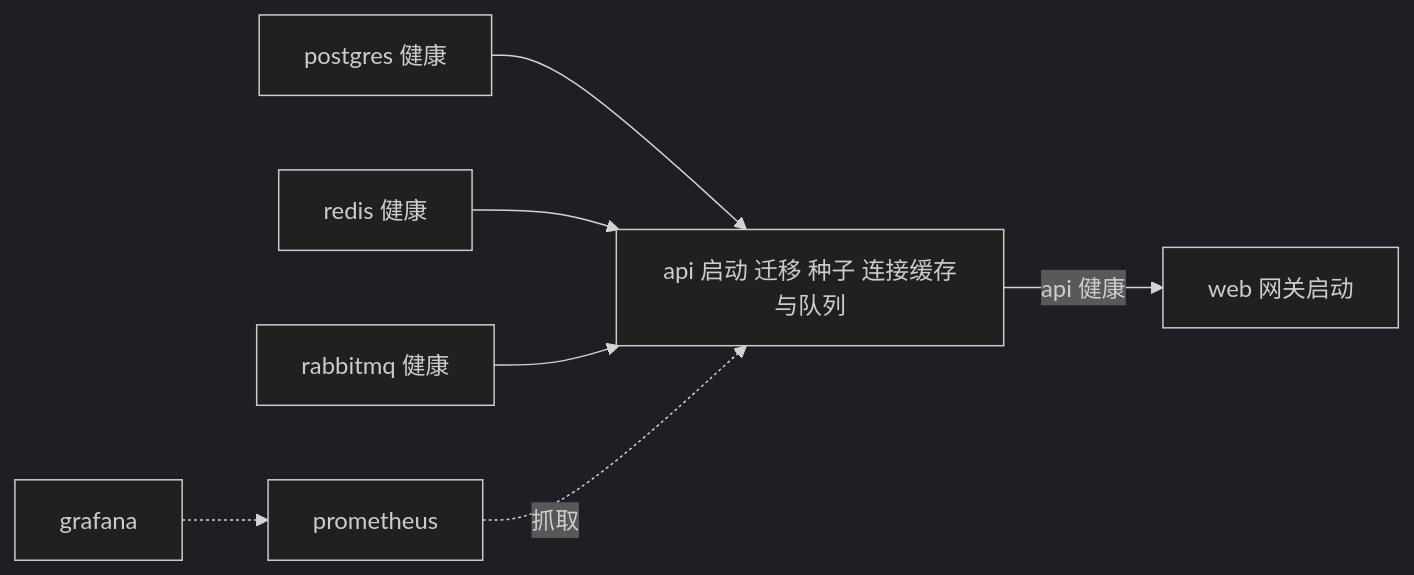
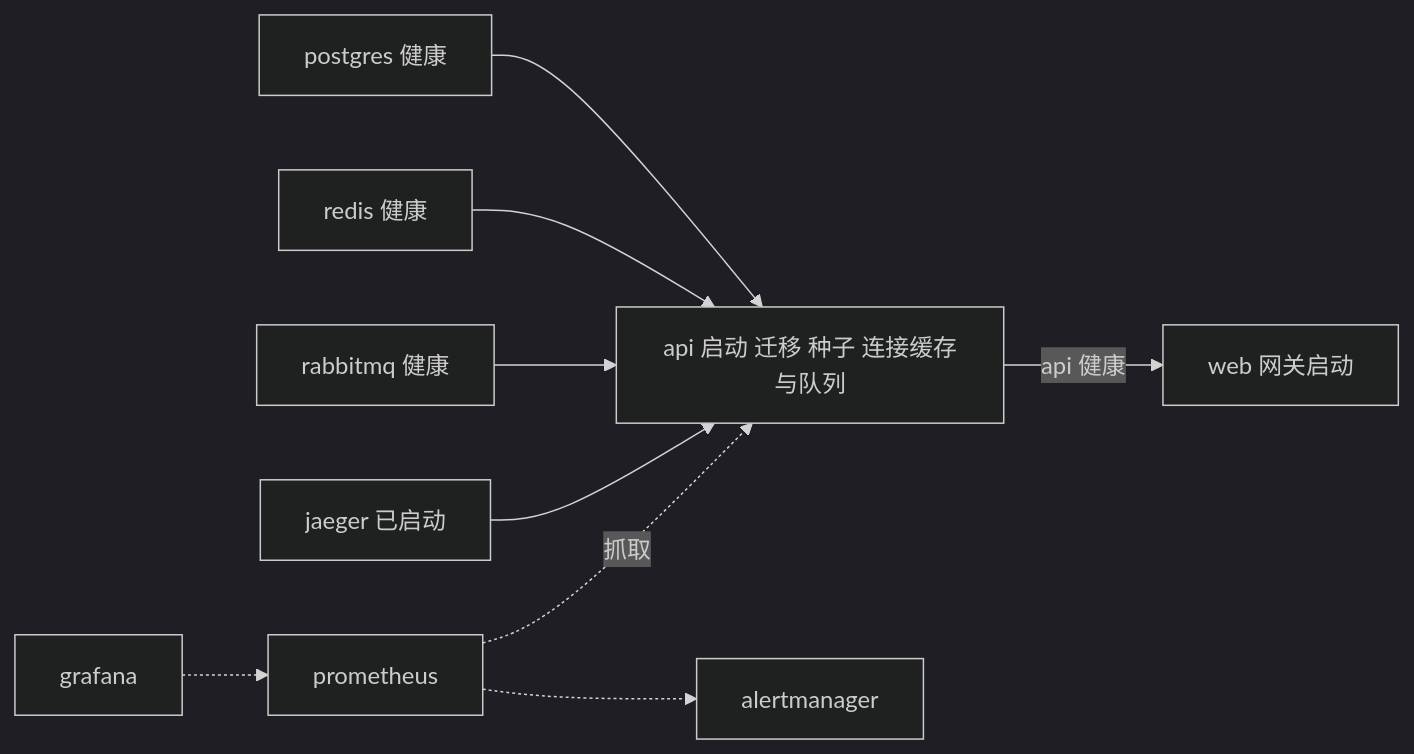
Before and after one commit to Weishi-corroding/freshmarket-platform: diagram 11 of 13 in docs/design.md, drawn with Mermaid (dark theme). The commit also changed other lines of this file and 67 other files, not shown here.

````diff
--- a/docs/design.md
+++ b/docs/design.md
@@ -1220,9 +819,11 @@
 ```mermaid
 flowchart LR
   P["postgres 健康"] --> A["api 启动 迁移 种子 连接缓存与队列"]
   R["redis 健康"] --> A
   M["rabbitmq 健康"] --> A
+  J["jaeger 已启动"] --> A
   A -->|"api 健康"| W["web 网关启动"]
   Pr["prometheus"] -.->|"抓取"| A
+  Pr -.-> Am["alertmanager"]
   G["grafana"] -.-> Pr
 ```
````
